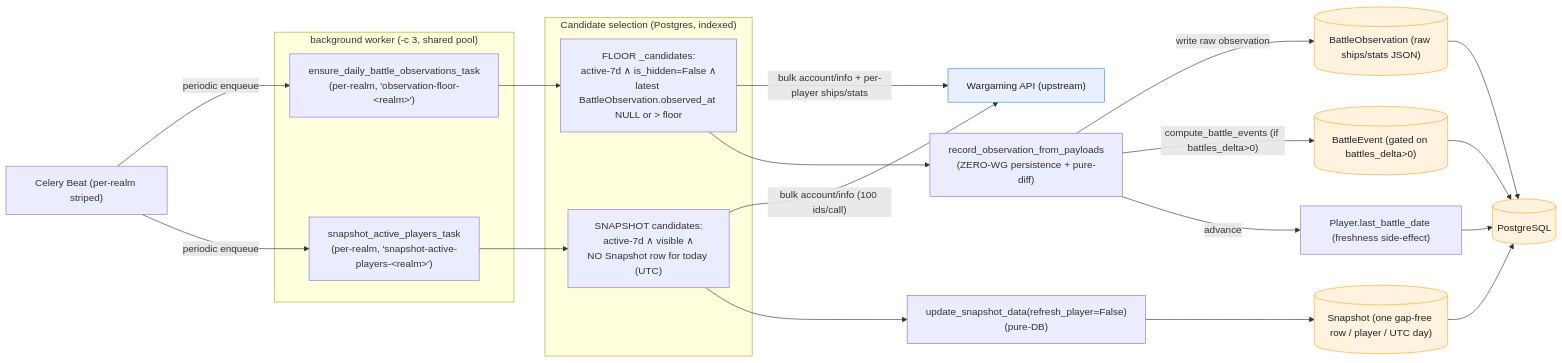
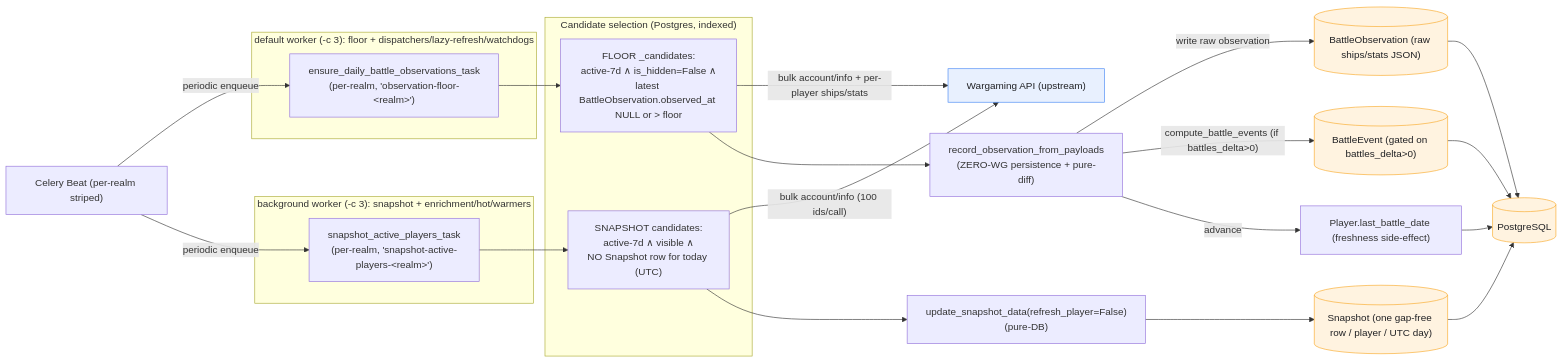
Before and after one commit to nitro-panks/battlestats: the first of 3 diagrams in agents/diagrams/observation-floor-data-flow.md, drawn with Mermaid. The commit also changed other lines of this file and 2 other files, not shown here.

First line of the commit message:
chore(floor): persist na cooldown/self-chain flags + correct floor queue in diagrams (#63)

````diff
--- a/agents/diagrams/observation-floor-data-flow.md
+++ b/agents/diagrams/observation-floor-data-flow.md
@@ -33,51 +38,53 @@
 ```mermaid
 flowchart LR
     WG["Wargaming API (upstream)"]
     BEAT["Celery Beat (per-realm striped)"]
 
-    subgraph BG["background worker (-c 3, shared pool)"]
+    subgraph DW["default worker (-c 3): floor + dispatchers/lazy-refresh/watchdogs"]
         FLOOR["ensure_daily_battle_observations_task<br/>(per-realm, 'observation-floor-&lt;realm&gt;')"]
+    end
+    subgraph BG["background worker (-c 3): snapshot + enrichment/hot/warmers"]
         SNAP["snapshot_active_players_task<br/>(per-realm, 'snapshot-active-players-&lt;realm&gt;')"]
     end
 
     subgraph SEL["Candidate selection (Postgres, indexed)"]
         FC["FLOOR _candidates:<br/>active-7d ∧ is_hidden=False ∧<br/>latest BattleObservation.observed_at NULL or &gt; floor"]
         SC["SNAPSHOT candidates:<br/>active-7d ∧ visible ∧<br/>NO Snapshot row for today (UTC)"]
     end
 
     CORE["record_observation_from_payloads<br/>(ZERO-WG persistence + pure-diff)"]
     USD["update_snapshot_data(refresh_player=False)<br/>(pure-DB)"]
 
     PG[("PostgreSQL")]
     OBS[("BattleObservation (raw ships/stats JSON)")]
     EVT[("BattleEvent (gated on battles_delta&gt;0)")]
     SNAPROW[("Snapshot (one gap-free row / player / UTC day)")]
     LBD["Player.last_battle_date (freshness side-effect)"]
 
     BEAT -->|"periodic enqueue"| FLOOR
     BEAT -->|"periodic enqueue"| SNAP
 
     FLOOR --> FC
     SNAP --> SC
 
     FC -->|"bulk account/info + per-player ships/stats"| WG
     SC -->|"bulk account/info (100 ids/call)"| WG
 
     FC --> CORE
     SC --> USD
 
     CORE -->|"write raw observation"| OBS
     CORE -->|"compute_battle_events (if battles_delta&gt;0)"| EVT
     CORE -->|"advance"| LBD
     USD --> SNAPROW
 
     OBS --> PG
     EVT --> PG
     SNAPROW --> PG
     LBD --> PG
 
     classDef ext fill:#e8f0fe,stroke:#4285f4,color:#202124;
     classDef store fill:#fff3e0,stroke:#f9a825,color:#202124;
     class WG ext;
     class PG,OBS,EVT,SNAPROW store;
 ```
````
